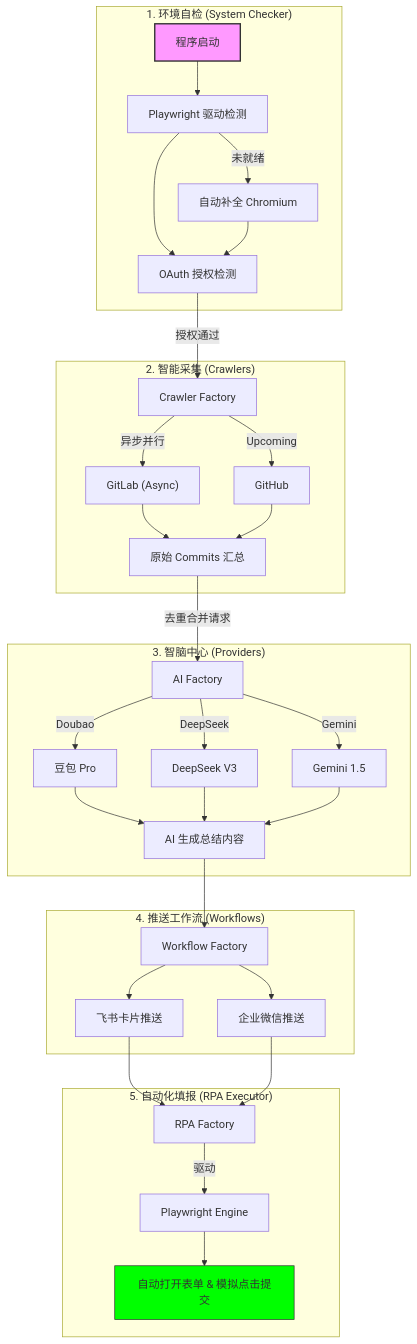
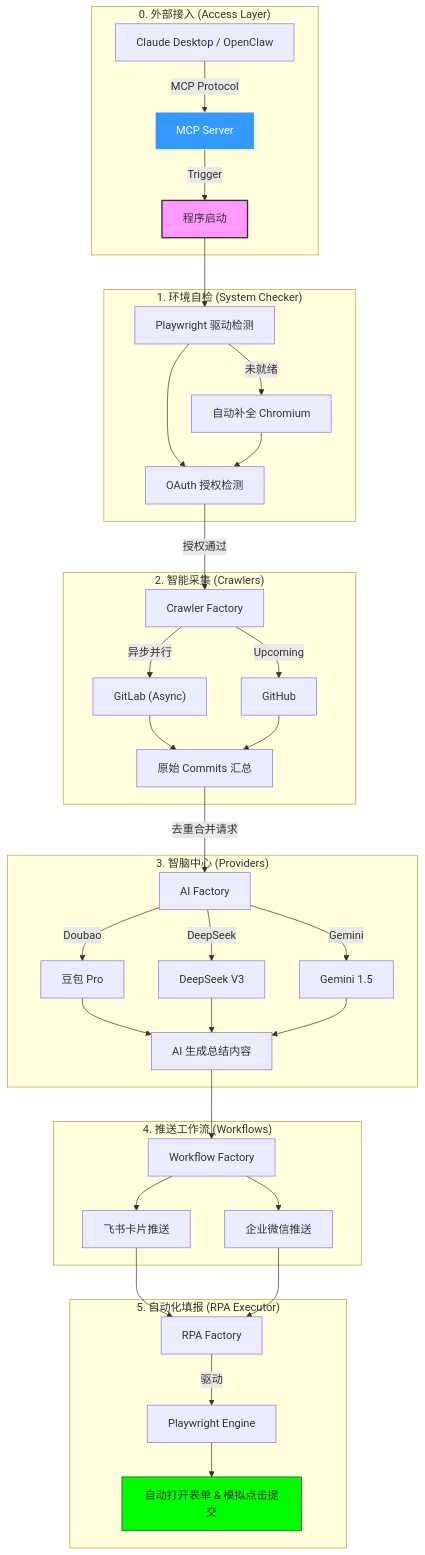
The diagram in README.md (Youarefortunate/dailybot-miao), drawn with Mermaid before and after one commit. The commit also changed other lines of this file and 7 other files, not shown here.

````diff
--- a/README.md
+++ b/README.md
@@ -76,38 +78,44 @@
 ```mermaid
 graph TD
+    subgraph "0. 外部接入 (Access Layer)"
+        CL[Claude Desktop / OpenClaw] -->|MCP Protocol| MCP_S[MCP Server]
+        MCP_S -->|Trigger| START
+    end
+
     subgraph "1. 环境自检 (System Checker)"
         START[程序启动] --> ENV[Playwright 驱动检测]
         ENV -->|未就绪| INSTALL[自动补全 Chromium]
         ENV & INSTALL --> OAUTH_CHECK[OAuth 授权检测]
     end
 
     subgraph "2. 智能采集 (Crawlers)"
         OAUTH_CHECK -->|授权通过| C_FACTORY[Crawler Factory]
         C_FACTORY -->|异步并行| GL["GitLab (Async)"]
         C_FACTORY -->|Upcoming| GH["GitHub"]
         GL & GH --> RAW_DATA[原始 Commits 汇总]
     end
 
     subgraph "3. 智脑中心 (Providers)"
         RAW_DATA -->|去重合并请求| AI_FACTORY[AI Factory]
         AI_FACTORY -->|Doubao| DB[豆包 Pro]
         AI_FACTORY -->|DeepSeek| DS[DeepSeek V3]
         AI_FACTORY -->|Gemini| GM[Gemini 1.5]
         DB & DS & GM --> SUMMARY[AI 生成总结内容]
     end
 
     subgraph "4. 推送工作流 (Workflows)"
         SUMMARY --> WF_FACTORY[Workflow Factory]
         WF_FACTORY --> FS[飞书卡片推送]
         WF_FACTORY --> WC[企业微信推送]
     end
 
     subgraph "5. 自动化填报 (RPA Executor)"
         FS & WC --> RPA_FACTORY[RPA Factory]
         RPA_FACTORY -->|驱动| PW[Playwright Engine]
         PW --> SUBMIT[自动打开表单 & 模拟点击提交]
     end
 
     style START fill:#f9f,stroke:#333,stroke-width:2px
     style SUBMIT fill:#00ff00,stroke:#333
+    style MCP_S fill:#3399ff,stroke:#fff,color:#fff
 ```
````
